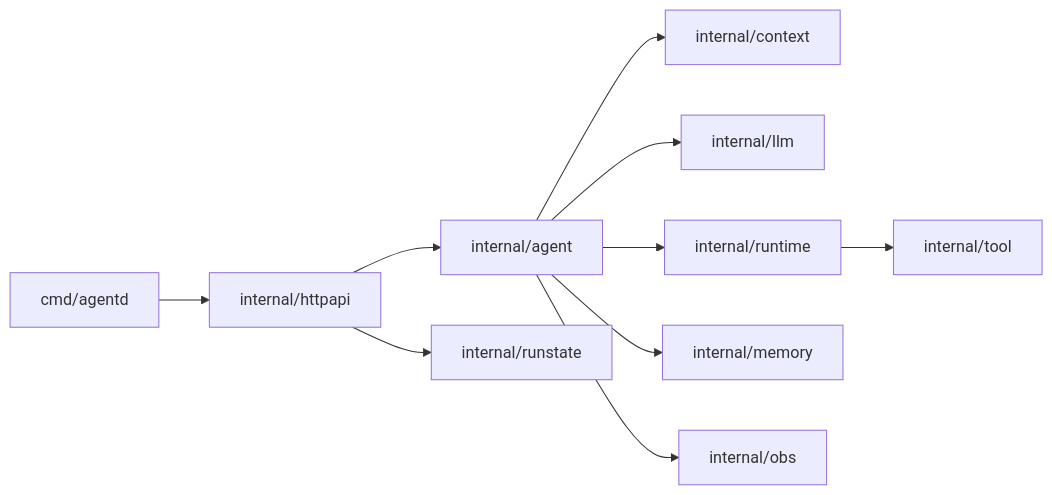
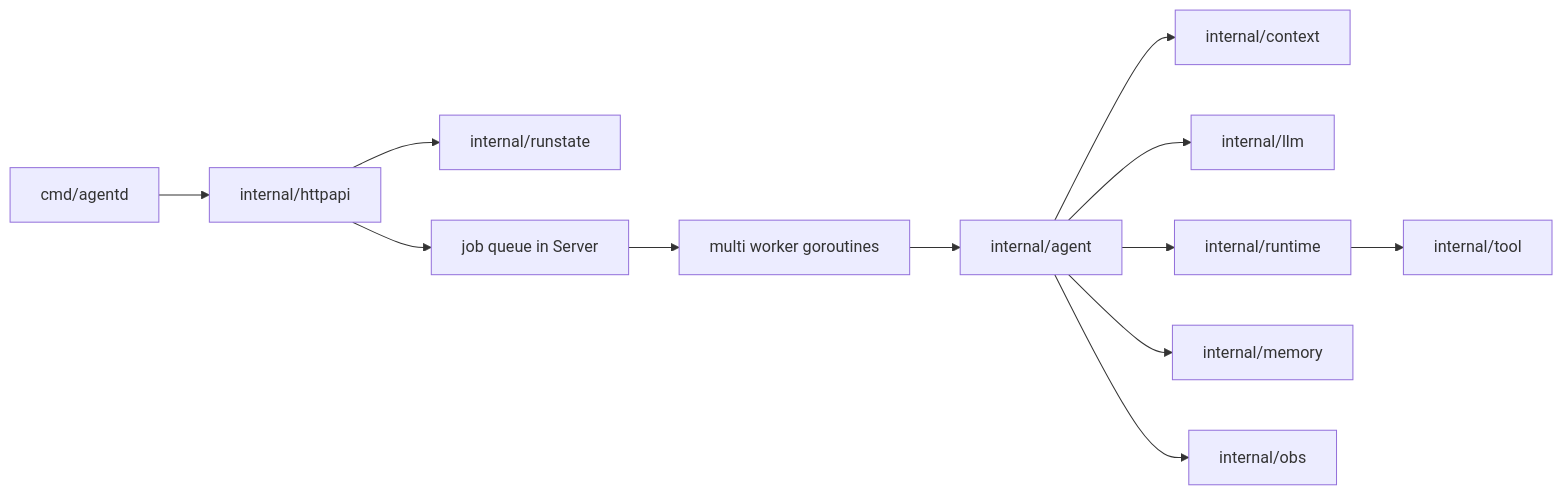
Before and after one commit to blankt/openclaw_go: the first of 2 diagrams in docs/architecture.md, drawn with Mermaid. The commit also changed other lines of this file and 6 other files, not shown here.

````diff
--- a/docs/architecture.md
+++ b/docs/architecture.md
@@ -7,12 +7,14 @@
 ```mermaid
 flowchart LR
     A[cmd/agentd] --> B[internal/httpapi]
-    B --> C[internal/agent]
     B --> D[internal/runstate]
+    B --> Q[job queue in Server]
+    Q --> W[multi worker goroutines]
+    W --> C[internal/agent]
     C --> E[internal/context]
     C --> F[internal/llm]
     C --> G[internal/runtime]
     C --> H[internal/memory]
     C --> I[internal/obs]
     G --> J[internal/tool]
 ```
````
